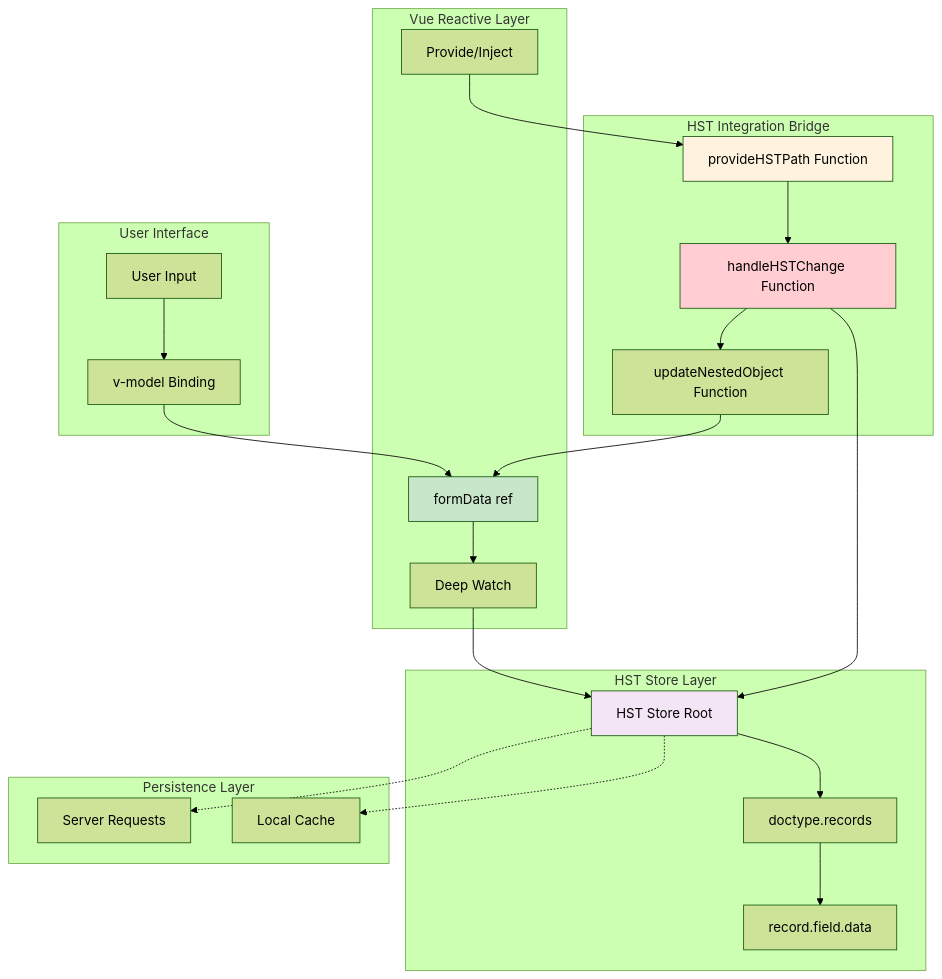
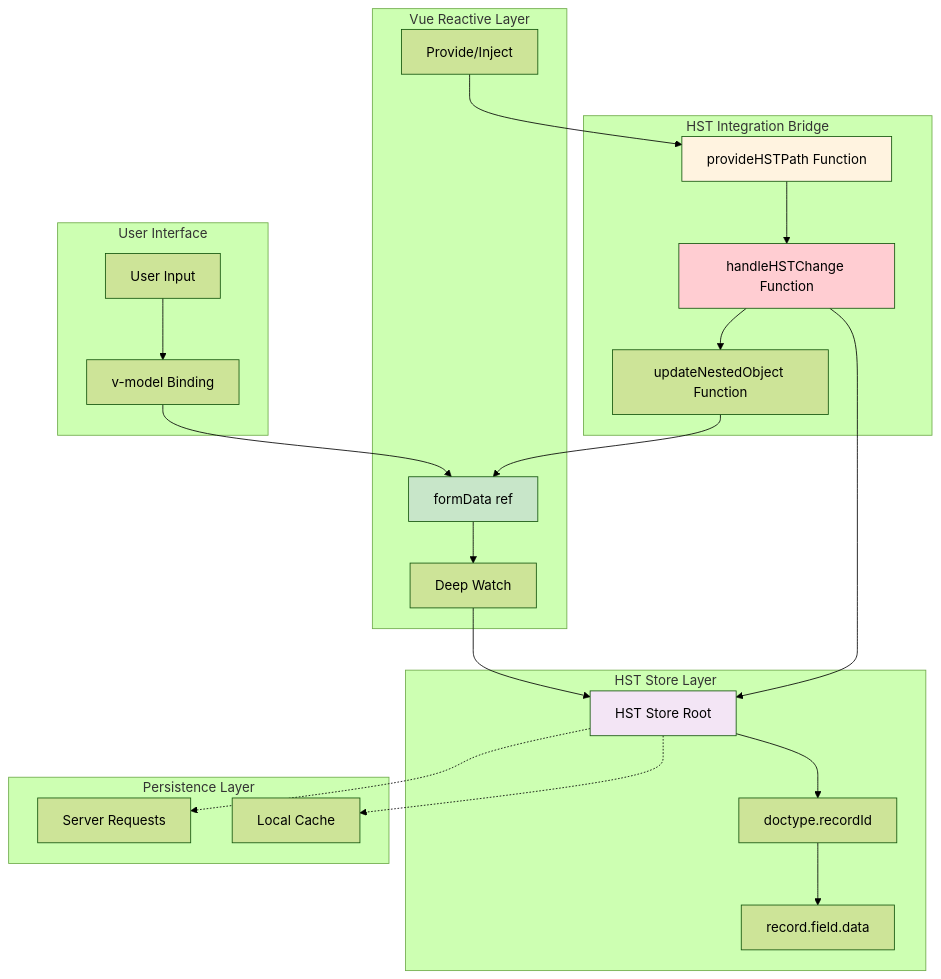
One commit to agritheory/stonecrop changed the sixth of 6 diagrams in stonecrop/HST.md. Above: the diagram before and after it, drawn with Mermaid (forest theme). The commit also changed other lines of this file and 2 other files, not shown here.

````diff
--- a/stonecrop/HST.md
+++ b/stonecrop/HST.md
@@ -238,53 +238,53 @@
 ```mermaid
 graph TB
     subgraph "User Interface"
         UI[User Input]
         VB[v-model Binding]
     end
 
     subgraph "Vue Reactive Layer"
         FD[formData ref]
         WA[Deep Watch]
         PR[Provide/Inject]
     end
 
     subgraph "HST Integration Bridge"
         PHF[provideHSTPath Function]
         HCF[handleHSTChange Function]
         UNF[updateNestedObject Function]
     end
 
     subgraph "HST Store Layer"
         HST[HST Store Root]
-        DT_REC[doctype.records]
+        DT_REC[doctype.recordId]
         REC_DATA[record.field.data]
     end
 
     subgraph "Persistence Layer"
         SR[Server Requests]
         LC[Local Cache]
     end
 
     UI --> VB
     VB --> FD
     FD --> WA
 
     WA --> HST
     PR --> PHF
     PHF --> HCF
     HCF --> UNF
 
     UNF --> FD
     HCF --> HST
 
     HST --> DT_REC
     DT_REC --> REC_DATA
 
     HST -.-> SR
     HST -.-> LC
 
     style FD fill:#c8e6c9
     style HST fill:#f3e5f5
     style PHF fill:#fff3e0
     style HCF fill:#ffcdd2
 ```
````
